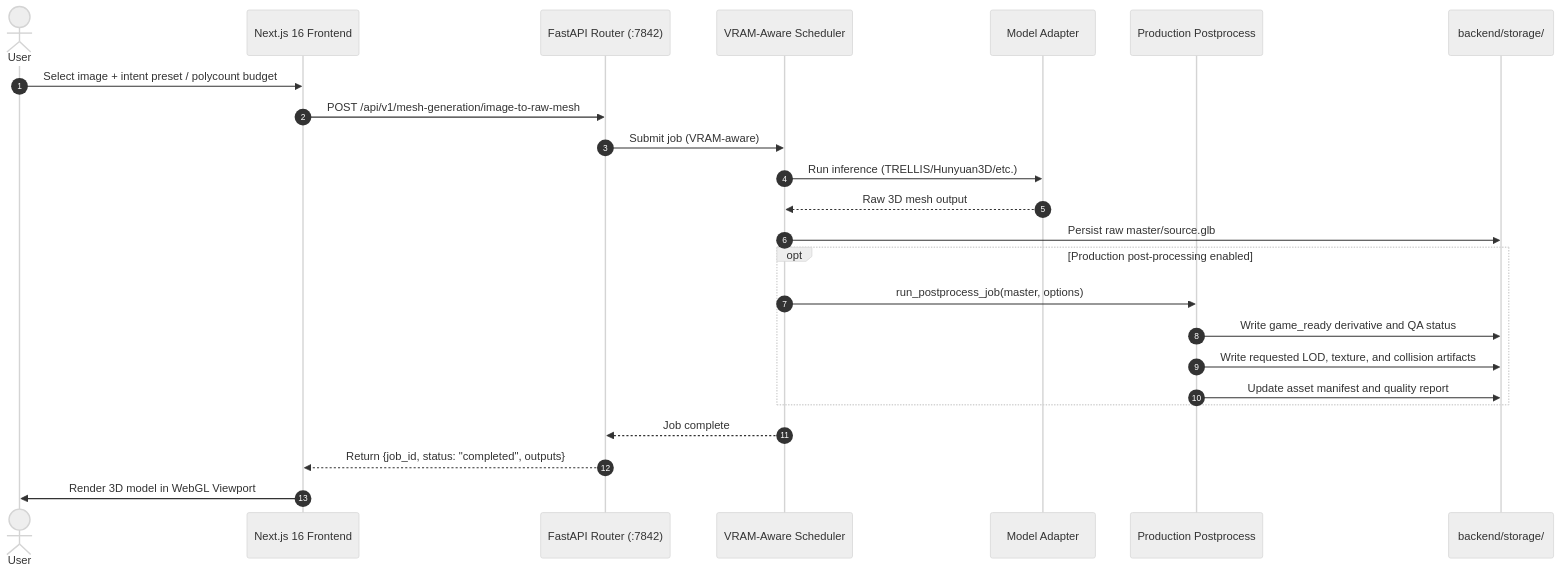
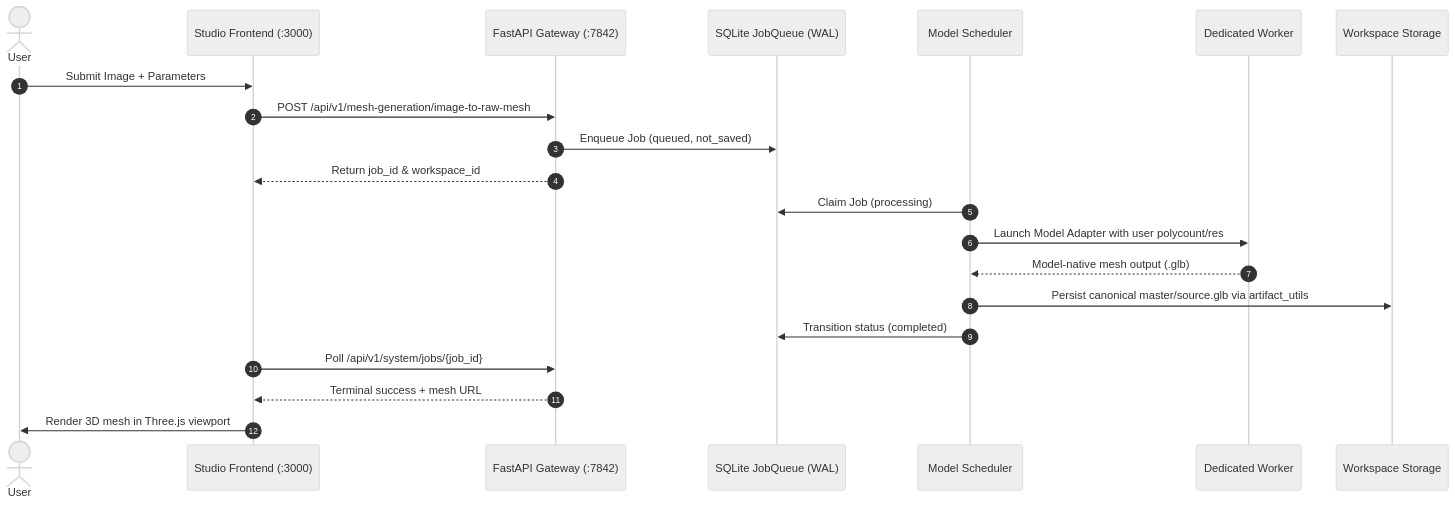
Before and after one commit to Silentzx2/ForMesh3D: the second of 2 diagrams in Docs/SYSTEM-BLUEPRINT.md, drawn with Mermaid (neutral theme). The commit also changed other lines of this file and 108 other files, not shown here.

First line of the commit message:
feat(backend): complete decoupling and elimination of legacy postprocess, auth, and quality bloat

````diff
--- a/Docs/SYSTEM-BLUEPRINT.md
+++ b/Docs/SYSTEM-BLUEPRINT.md
@@ -141,27 +75,24 @@
 ```mermaid
 sequenceDiagram
     autonumber
     actor User
-    participant Frontend as Next.js 16 Frontend
-    participant API as FastAPI Router (:7842)
-    participant SCHED as VRAM-Aware Scheduler
-    participant Adapter as Model Adapter
-    participant PP as Production Postprocess
-    participant Storage as backend/storage/
+    participant Frontend as Studio Frontend (:3000)
+    participant API as FastAPI Gateway (:7842)
+    participant Queue as SQLite JobQueue (WAL)
+    participant Scheduler as Model Scheduler
+    participant Worker as Dedicated Worker
+    participant Storage as Workspace Storage
 
-    User->>Frontend: Select image + intent preset / polycount budget
+    User->>Frontend: Submit Image + Parameters
     Frontend->>API: POST /api/v1/mesh-generation/image-to-raw-mesh
-    API->>SCHED: Submit job (VRAM-aware)
-    SCHED->>Adapter: Run inference (TRELLIS/Hunyuan3D/etc.)
-    Adapter-->>SCHED: Raw 3D mesh output
-    SCHED->>Storage: Persist raw master/source.glb
-    opt Production post-processing enabled
-        SCHED->>PP: run_postprocess_job(master, options)
-        PP->>Storage: Write game_ready derivative and QA status
-        PP->>Storage: Write requested LOD, texture, and collision artifacts
-        PP->>Storage: Update asset manifest and quality report
-    end
-    SCHED-->>API: Job complete
-    API-->>Frontend: Return {job_id, status: "completed", outputs}
-    Frontend->>User: Render 3D model in WebGL Viewport
+    API->>Queue: Enqueue Job (queued, not_saved)
+    API-->>Frontend: Return job_id & workspace_id
+    Scheduler->>Queue: Claim Job (processing)
+    Scheduler->>Worker: Launch Model Adapter with user polycount/res
+    Worker-->>Scheduler: Model-native mesh output (.glb)
+    Scheduler->>Storage: Persist canonical master/source.glb via artifact_utils
+    Scheduler->>Queue: Transition status (completed)
+    Frontend->>API: Poll /api/v1/system/jobs/{job_id}
+    API-->>Frontend: Terminal success + mesh URL
+    Frontend->>User: Render 3D mesh in Three.js viewport
 ```
````
